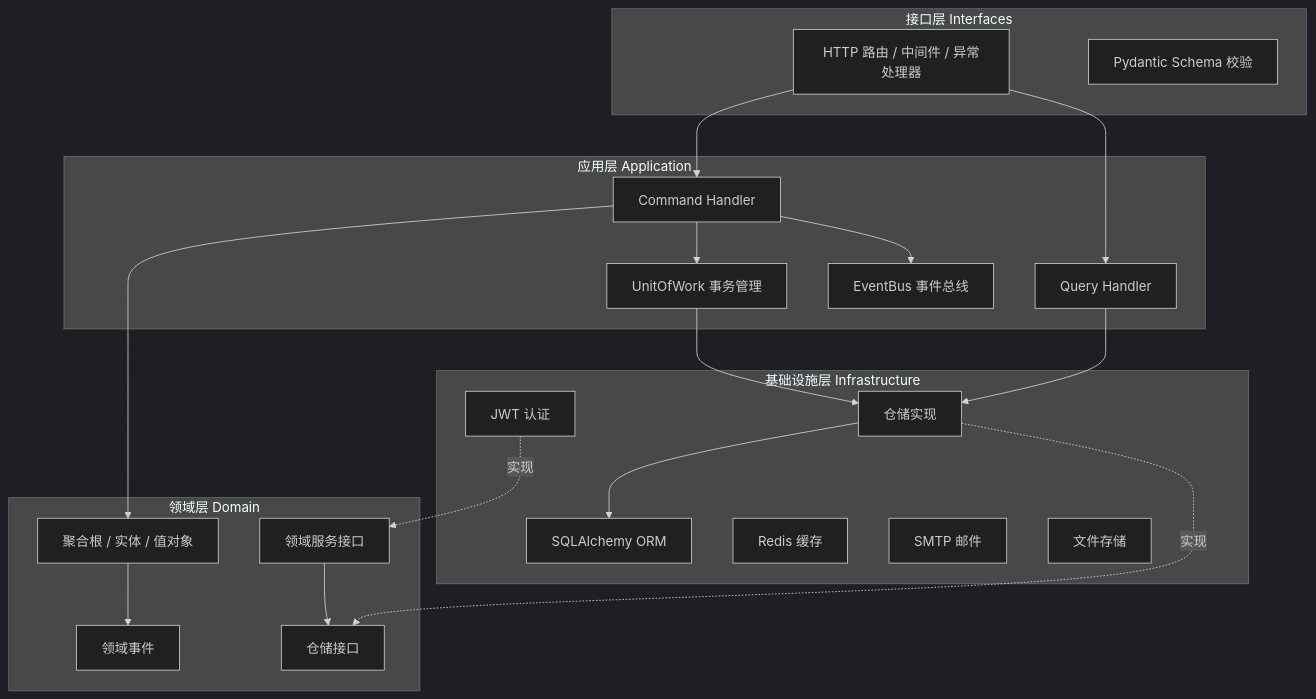
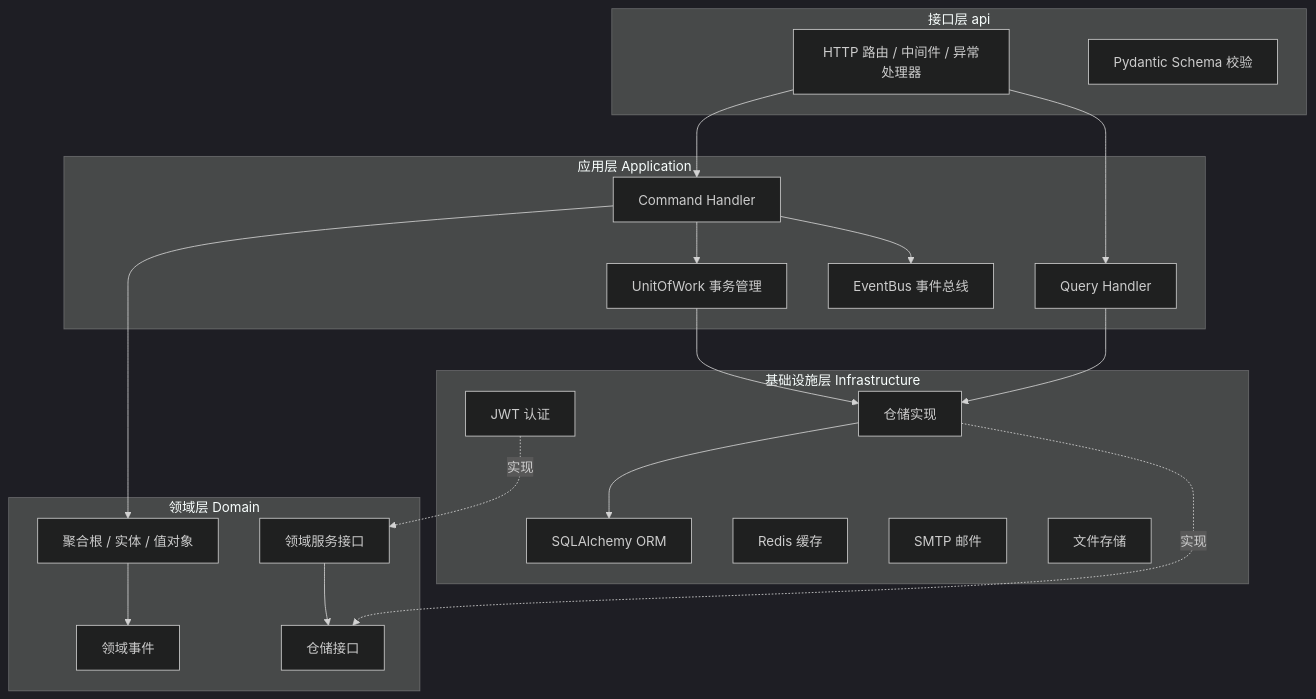
One commit to cross-lang/x-HanYang changed the first of 3 diagrams in README.md. Above: the diagram before and after it, drawn with Mermaid (dark theme). The commit also changed other lines of this file and 22 other files, not shown here.

````diff
--- a/README.md
+++ b/README.md
@@ -223,43 +223,43 @@
 ```mermaid
 graph TB
-    subgraph "接口层 Interfaces"
+    subgraph "接口层 api"
         HTTP[HTTP 路由 / 中间件 / 异常处理器]
         Schemas[Pydantic Schema 校验]
     end
 
     subgraph "应用层 Application"
         Commands[Command Handler]
         Queries[Query Handler]
         UoW[UnitOfWork 事务管理]
         EventBus[EventBus 事件总线]
     end
 
     subgraph "领域层 Domain"
         Aggregates[聚合根 / 实体 / 值对象]
         DomainEvents[领域事件]
         DomainServices[领域服务接口]
         Repositories[仓储接口]
     end
 
     subgraph "基础设施层 Infrastructure"
         ORM[SQLAlchemy ORM]
         Repos[仓储实现]
         JWT[JWT 认证]
         Cache[Redis 缓存]
         Email[SMTP 邮件]
         Storage[文件存储]
     end
 
     HTTP --> Commands
     HTTP --> Queries
     Commands --> UoW
     UoW --> Repos
     Commands --> Aggregates
     Commands --> EventBus
     Queries --> Repos
     Repos --> ORM
     Aggregates --> DomainEvents
     DomainServices --> Repositories
     Repos -.->|实现| Repositories
     JWT -.->|实现| DomainServices
 ```
````
